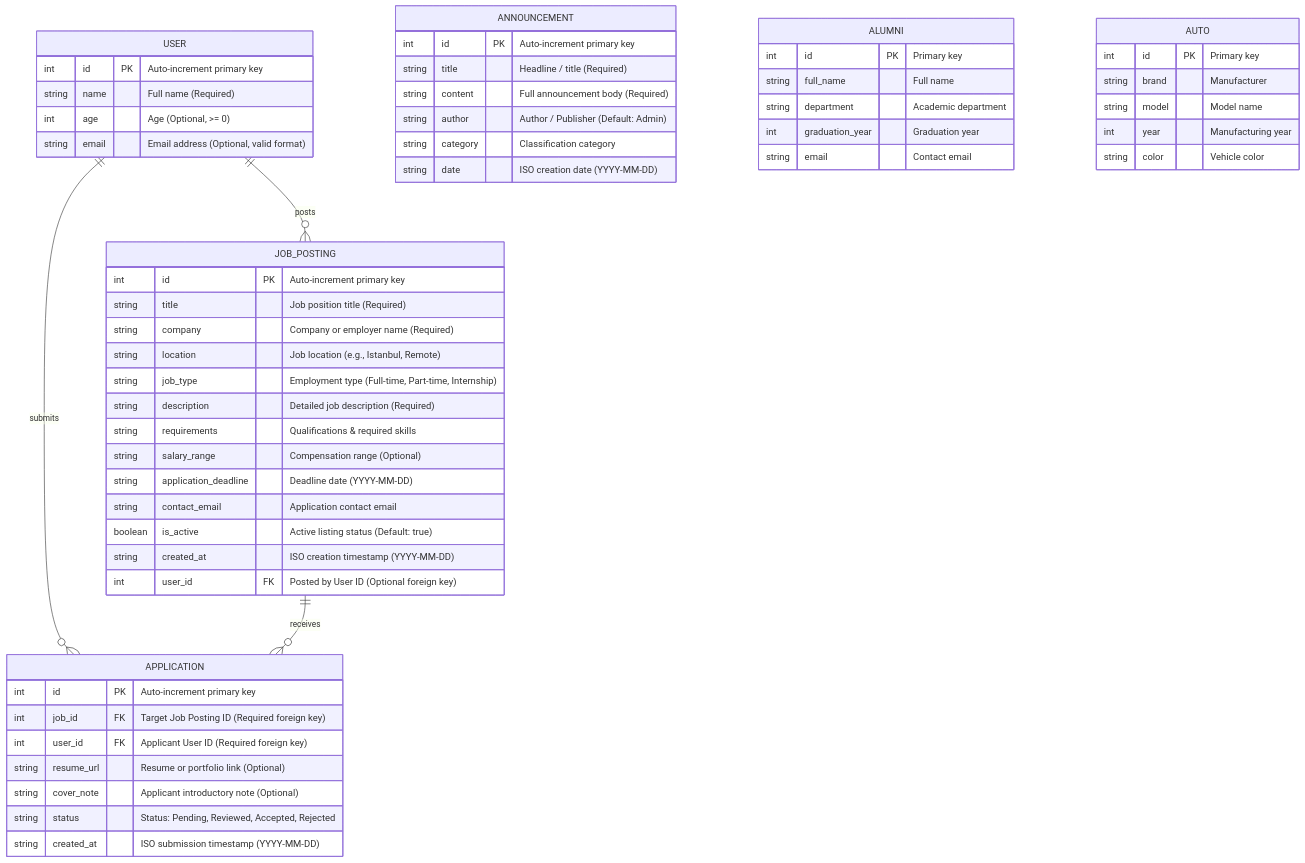
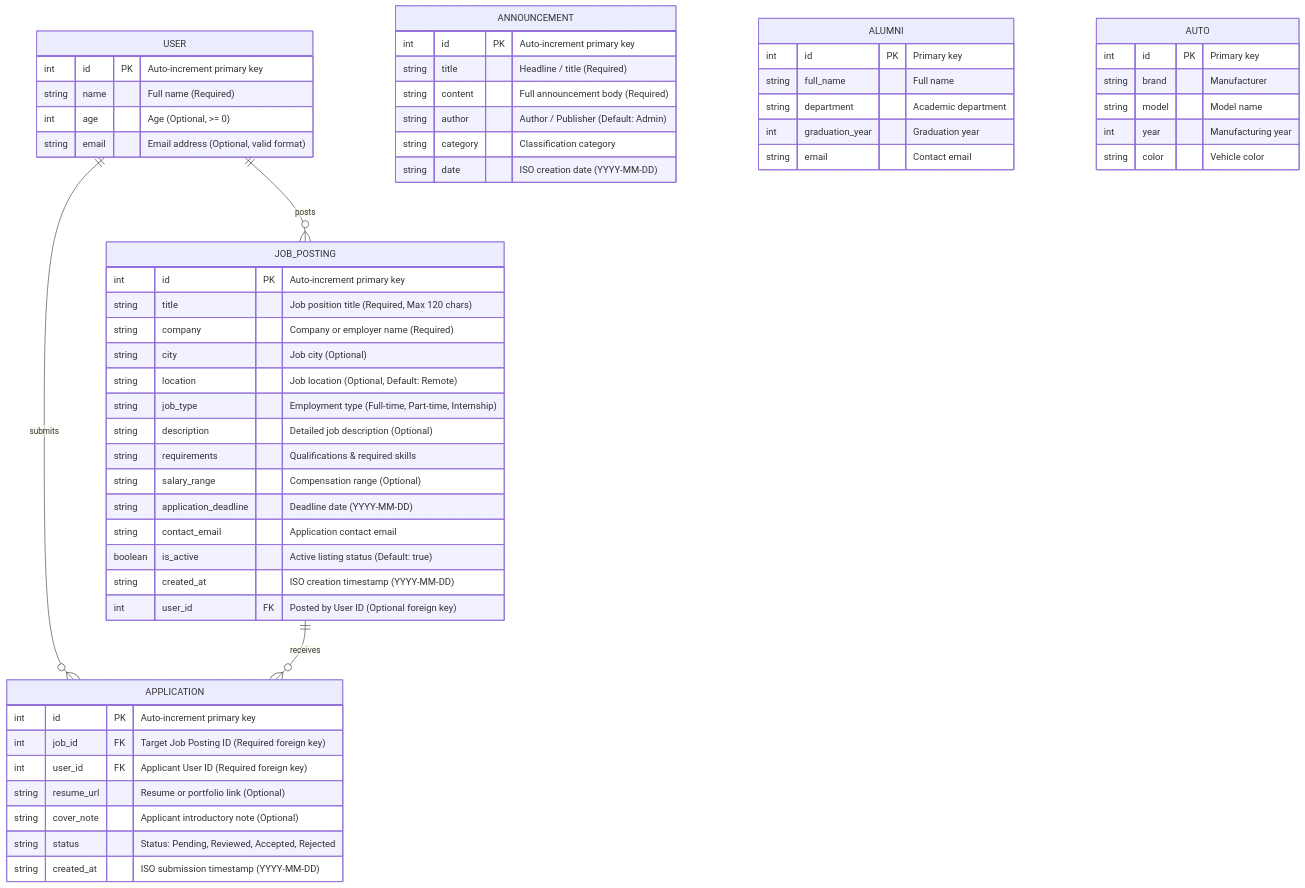
The diagram in ddd.md (zsudedogan/Alumni), drawn with Mermaid before and after one commit. The commit also changed other lines of this file and 15 other files, not shown here.

````diff
--- a/ddd.md
+++ b/ddd.md
@@ -67,64 +67,65 @@
 ```mermaid
 erDiagram
     USER {
         int id PK "Auto-increment primary key"
         string name "Full name (Required)"
         int age "Age (Optional, >= 0)"
         string email "Email address (Optional, valid format)"
     }
 
     ANNOUNCEMENT {
         int id PK "Auto-increment primary key"
         string title "Headline / title (Required)"
         string content "Full announcement body (Required)"
         string author "Author / Publisher (Default: Admin)"
         string category "Classification category"
         string date "ISO creation date (YYYY-MM-DD)"
     }
 
     JOB_POSTING {
         int id PK "Auto-increment primary key"
-        string title "Job position title (Required)"
+        string title "Job position title (Required, Max 120 chars)"
         string company "Company or employer name (Required)"
-        string location "Job location (e.g., Istanbul, Remote)"
+        string city "Job city (Optional)"
+        string location "Job location (Optional, Default: Remote)"
         string job_type "Employment type (Full-time, Part-time, Internship)"
-        string description "Detailed job description (Required)"
+        string description "Detailed job description (Optional)"
         string requirements "Qualifications & required skills"
         string salary_range "Compensation range (Optional)"
         string application_deadline "Deadline date (YYYY-MM-DD)"
         string contact_email "Application contact email"
         boolean is_active "Active listing status (Default: true)"
         string created_at "ISO creation timestamp (YYYY-MM-DD)"
         int user_id FK "Posted by User ID (Optional foreign key)"
     }
 
     APPLICATION {
         int id PK "Auto-increment primary key"
         int job_id FK "Target Job Posting ID (Required foreign key)"
         int user_id FK "Applicant User ID (Required foreign key)"
         string resume_url "Resume or portfolio link (Optional)"
         string cover_note "Applicant introductory note (Optional)"
         string status "Status: Pending, Reviewed, Accepted, Rejected"
         string created_at "ISO submission timestamp (YYYY-MM-DD)"
     }
 
     USER ||--o{ JOB_POSTING : "posts"
     USER ||--o{ APPLICATION : "submits"
     JOB_POSTING ||--o{ APPLICATION : "receives"
 
     ALUMNI {
         int id PK "Primary key"
         string full_name "Full name"
         string department "Academic department"
         int graduation_year "Graduation year"
         string email "Contact email"
     }
 
     AUTO {
         int id PK "Primary key"
         string brand "Manufacturer"
         string model "Model name"
         int year "Manufacturing year"
         string color "Vehicle color"
     }
 ```
````
